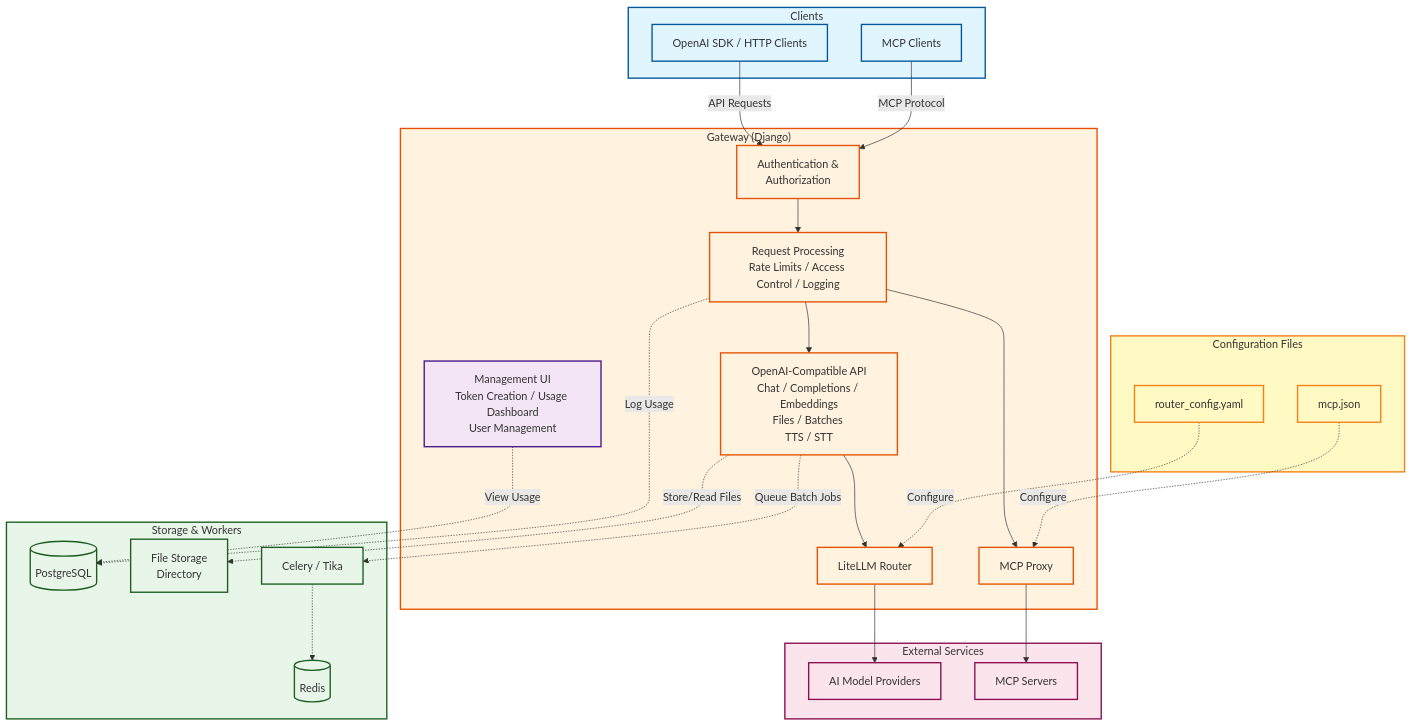
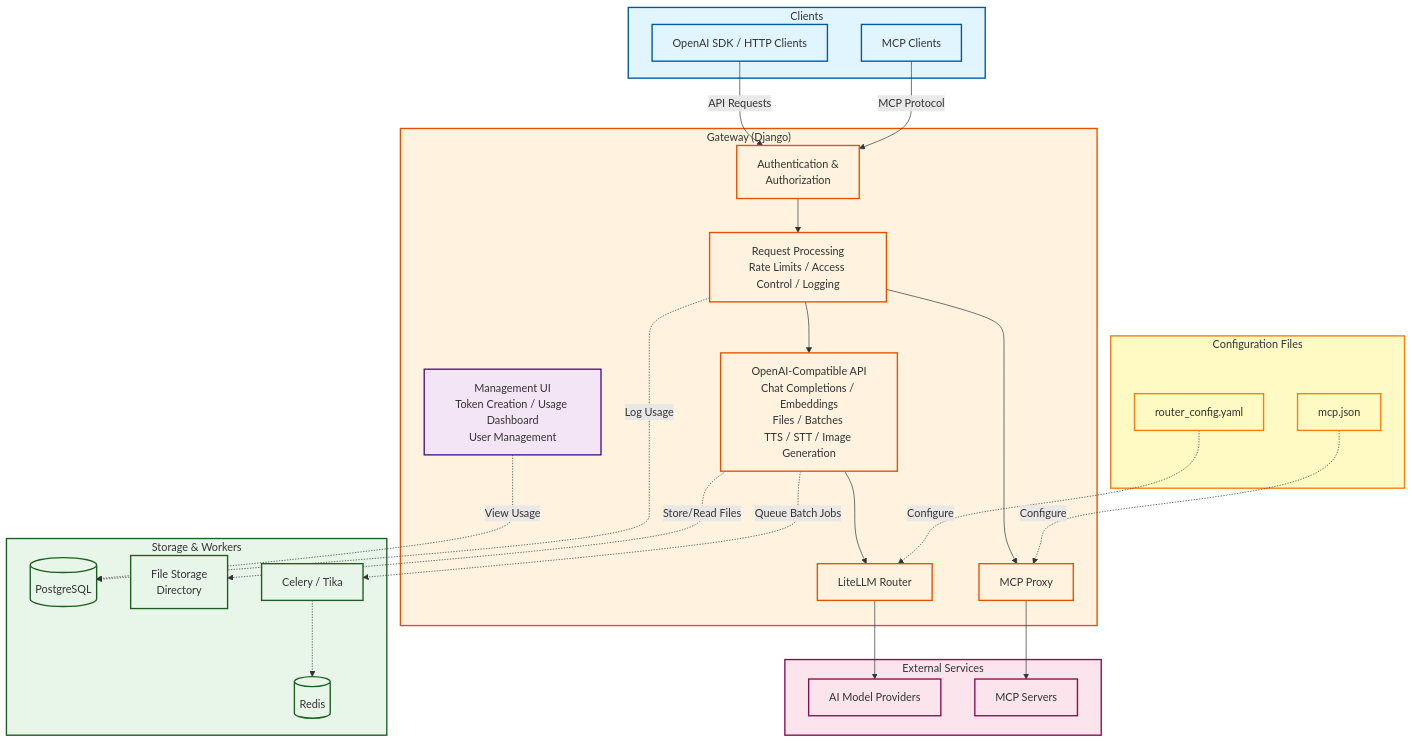
The diagram in README.md (TU-Wien-dataLAB/aqueduct), drawn with Mermaid before and after one commit.

Commit message:
Update architecture diagram

````diff
--- a/README.md
+++ b/README.md
@@ -88,71 +88,71 @@
 ```mermaid
 flowchart TB
     subgraph Client["Clients"]
         OAIClients[OpenAI SDK / HTTP Clients]
         MCPClients[MCP Clients]
     end
 
     subgraph Gateway["Gateway (Django)"]
         Auth[Authentication &<br/>Authorization]
         Middleware[Request Processing<br/>Rate Limits / Access Control / Logging]
         
-        API[OpenAI-Compatible API<br/>Chat / Completions / Embeddings<br/>Files / Batches <br/>TTS / STT]
+        API[OpenAI-Compatible API<br/>Chat Completions / Embeddings<br/>Files / Batches <br/>TTS / STT / Image Generation]
         MCPProxy[MCP Proxy]
         
         LiteLLM[LiteLLM Router]
         
         Admin[Management UI<br/>Token Creation / Usage Dashboard<br/>User Management]:::mgmtStyle
     end
     
     subgraph Config["Configuration Files"]
         RouterConfig[router_config.yaml]
         MCPConfig[mcp.json]
     end
     
     subgraph Storage["Storage & Workers"]
         DB[(PostgreSQL)]
         FileStorage[File Storage<br/>Directory]
         Cache[(Redis)]
         Workers[Celery / Tika]
     end
     
     subgraph External["External Services"]
         Models[AI Model Providers]
         MCP[MCP Servers]
     end
 
     OAIClients -->|API Requests| Auth
     MCPClients -->|MCP Protocol| Auth
     
     Auth --> Middleware
     Middleware --> API
     Middleware --> MCPProxy
     
     API --> LiteLLM
     LiteLLM --> Models
     
     MCPProxy --> MCP
     
     RouterConfig -.->|Configure| LiteLLM
     MCPConfig -.->|Configure| MCPProxy
     
     Admin -.->|View Usage| DB
     Middleware -.->|Log Usage| DB
     
     API -.->|Store/Read Files| FileStorage
     API -.->|Queue Batch Jobs| Workers
     Workers -.-> Cache
     
     classDef clientStyle fill:#e1f5ff,stroke:#01579b,stroke-width:2px
     classDef gatewayStyle fill:#fff3e0,stroke:#e65100,stroke-width:2px
     classDef mgmtStyle fill:#f3e5f5,stroke:#4a148c,stroke-width:2px
     classDef configStyle fill:#fff9c4,stroke:#f57f17,stroke-width:2px
     classDef storageStyle fill:#e8f5e9,stroke:#1b5e20,stroke-width:2px
     classDef externalStyle fill:#fce4ec,stroke:#880e4f,stroke-width:2px
     
     class Client,OAIClients,MCPClients clientStyle
     class Gateway,Auth,Middleware,API,MCPProxy,LiteLLM gatewayStyle
     class Config,RouterConfig,MCPConfig configStyle
     class Storage,DB,FileStorage,Cache,Workers storageStyle
     class External,Models,MCP externalStyle
 ```
````
